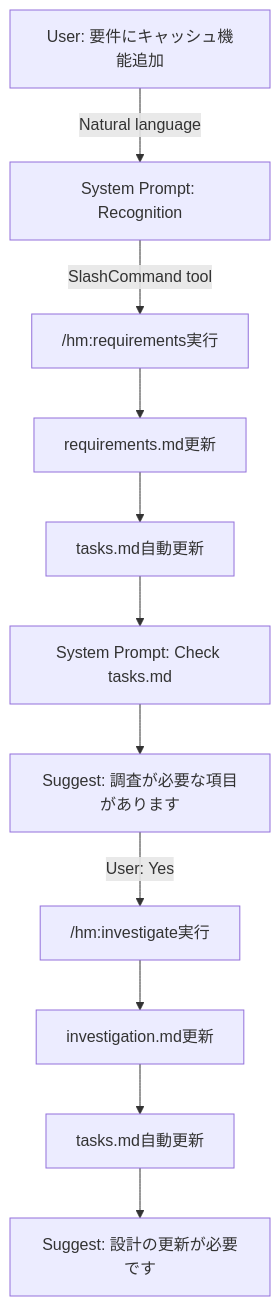
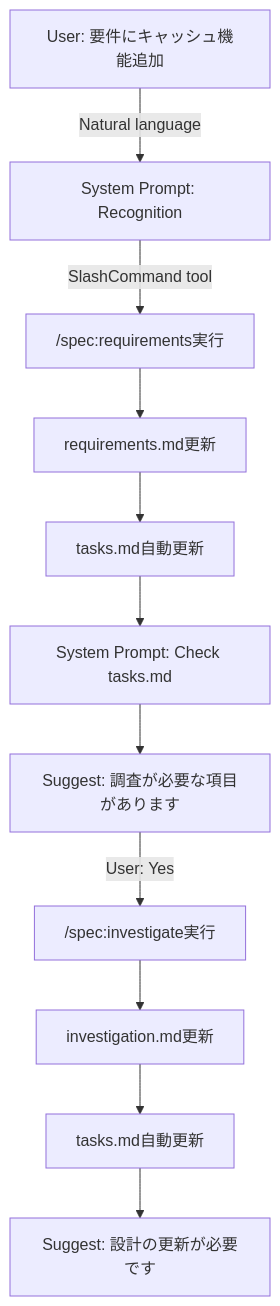
One commit to ashigirl96/hail-mary changed the diagram in .kiro/archive/2025-09-26-slash-command-coordination-v0/design.md. Above: the diagram before and after it, drawn with Mermaid. The commit also changed other lines of this file and 33 other files, not shown here.

Commit message:
refactor(commands): rename slash commands from /hm to /spec for consistency

````diff
--- a/.kiro/archive/2025-09-26-slash-command-coordination-v0/design.md
+++ b/.kiro/archive/2025-09-26-slash-command-coordination-v0/design.md
@@ -311,13 +311,13 @@
 ```mermaid
 graph TD
     A["User: 要件にキャッシュ機能追加"] -->|"Natural language"| B["System Prompt: Recognition"]
-    B -->|"SlashCommand tool"| C["/hm:requirements実行"]
+    B -->|"SlashCommand tool"| C["/spec:requirements実行"]
     C --> D["requirements.md更新"]
     D --> E["tasks.md自動更新"]
     E --> F["System Prompt: Check tasks.md"]
     F --> G["Suggest: 調査が必要な項目があります"]
-    G -->|"User: Yes"| H["/hm:investigate実行"]
+    G -->|"User: Yes"| H["/spec:investigate実行"]
     H --> I["investigation.md更新"]
     I --> J["tasks.md自動更新"]
     J --> K["Suggest: 設計の更新が必要です"]
 ```
````
